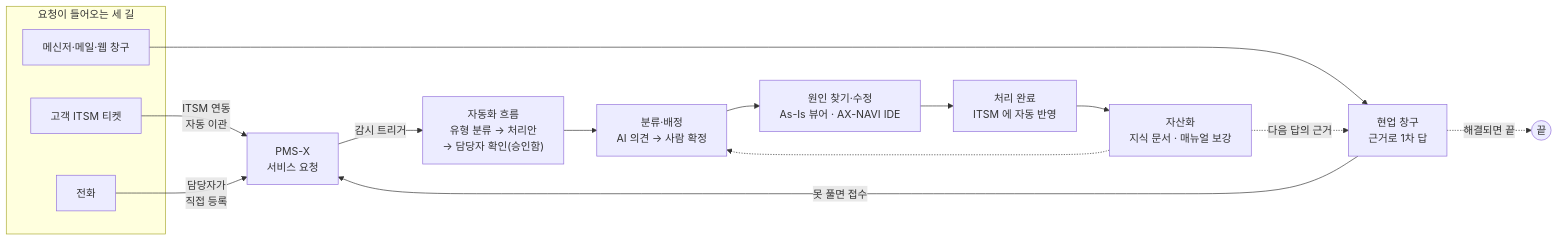
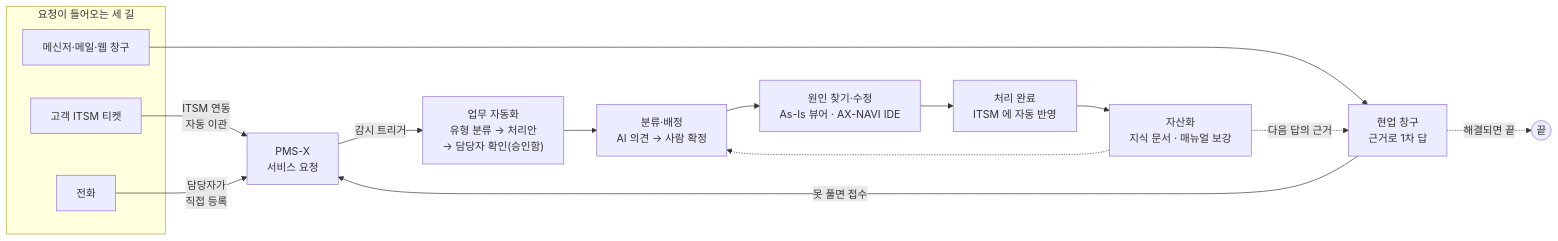
The diagram in demo/scenarios.md (Malburi/hnix-ax-site), drawn with Mermaid before and after one commit. The commit also changed other lines of this file and 32 other files, not shown here.

````diff
--- a/demo/scenarios.md
+++ b/demo/scenarios.md
@@ -9,20 +9,20 @@
 ```mermaid
 flowchart LR
     subgraph IN["요청이 들어오는 세 길"]
       T["고객 ITSM 티켓"]
       PH["전화"]
       M["메신저·메일·웹 창구"]
     end
     T -->|"ITSM 연동<br/>자동 이관"| SR["PMS-X<br/>서비스 요청"]
     PH -->|"담당자가<br/>직접 등록"| SR
     M --> D["현업 창구<br/>근거로 1차 답"]
     D -->|"못 풀면 접수"| SR
     D -.->|"해결되면 끝"| E(("끝"))
-    SR -->|"감시 트리거"| W["자동화 흐름<br/>유형 분류 → 처리안<br/>→ 담당자 확인(승인함)"]
+    SR -->|"감시 트리거"| W["업무 자동화<br/>유형 분류 → 처리안<br/>→ 담당자 확인(승인함)"]
     W --> C["분류·배정<br/>AI 의견 → 사람 확정"]
     C --> F["원인 찾기·수정<br/>As-Is 뷰어 · AX-NAVI IDE"]
     F --> R["처리 완료<br/>ITSM 에 자동 반영"]
     R --> K["자산화<br/>지식 문서 · 매뉴얼 보강"]
     K -.->|"다음 답의 근거"| D
     K -.-> C
 ```
````
